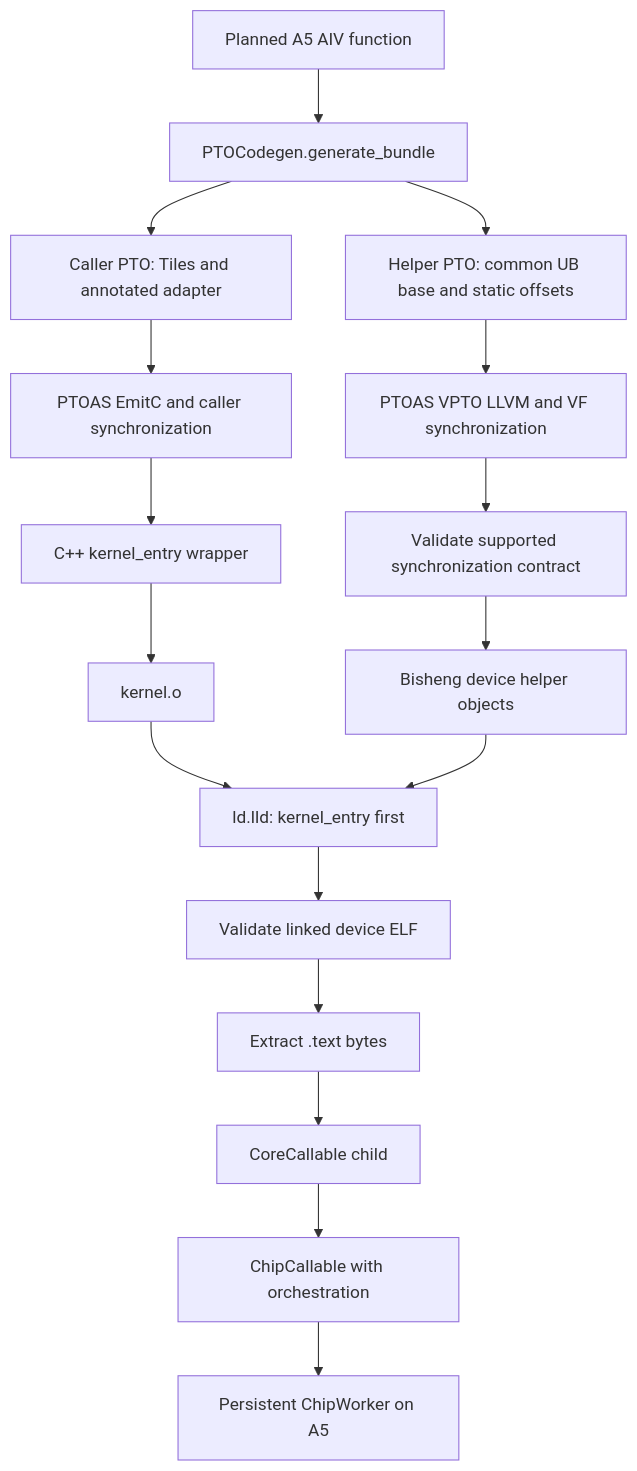
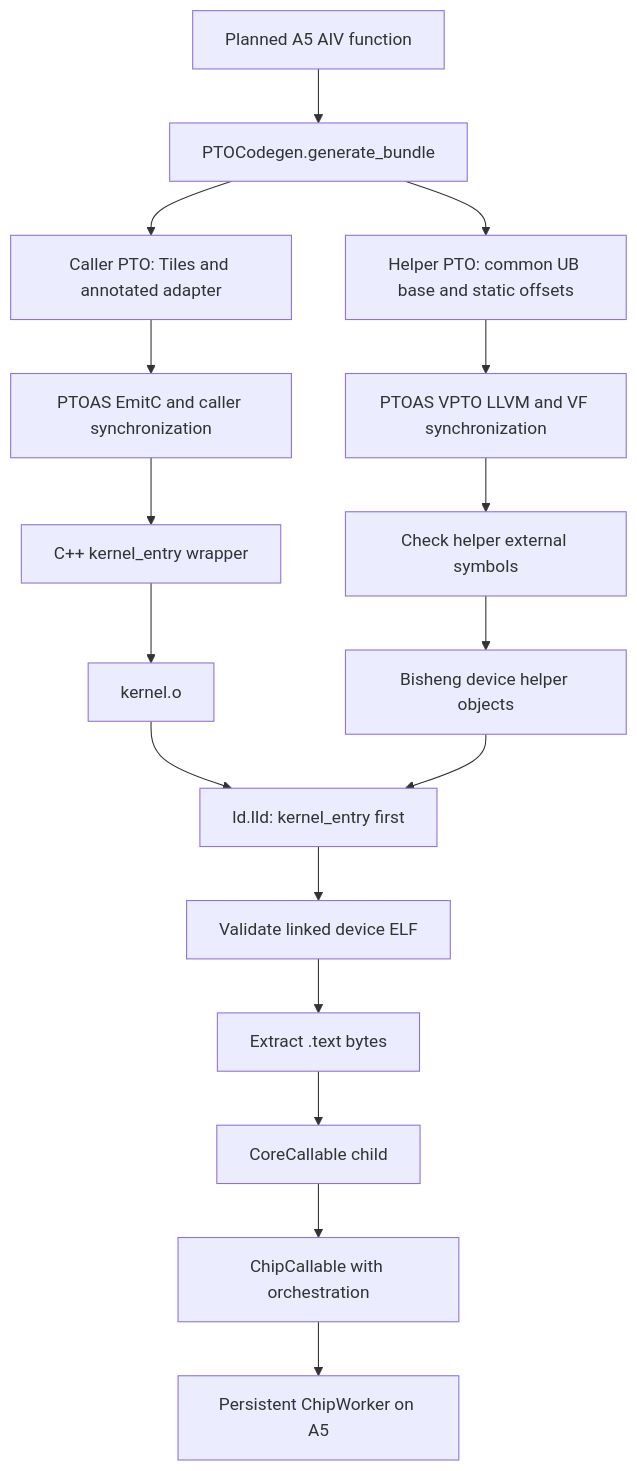
One commit to hw-native-sys/pypto changed the diagram in docs/en/dev/codegen/03-vpto-vf-integration.md. Above: the diagram before and after it, drawn with Mermaid. The commit also changed other lines of this file and 37 other files, not shown here.

````diff
--- a/docs/en/dev/codegen/03-vpto-vf-integration.md
+++ b/docs/en/dev/codegen/03-vpto-vf-integration.md
@@ -10,19 +10,19 @@
 ```mermaid
 flowchart TD
   IR[Planned A5 AIV function] --> Bundle[PTOCodegen.generate_bundle]
   Bundle --> Caller[Caller PTO: Tiles and annotated adapter]
   Bundle --> Helper[Helper PTO: common UB base and static offsets]
   Caller --> EmitC[PTOAS EmitC and caller synchronization]
   EmitC --> Wrapper[C++ kernel_entry wrapper]
   Wrapper --> CallerObj[kernel.o]
   Helper --> LLVM[PTOAS VPTO LLVM and VF synchronization]
-  LLVM --> Admission[Validate supported synchronization contract]
-  Admission --> HelperObj[Bisheng device helper objects]
+  LLVM --> Symbols[Check helper external symbols]
+  Symbols --> HelperObj[Bisheng device helper objects]
   CallerObj --> Link[ld.lld: kernel_entry first]
   HelperObj --> Link
   Link --> ELF[Validate linked device ELF]
   ELF --> Text[Extract .text bytes]
   Text --> Core[CoreCallable child]
   Core --> Chip[ChipCallable with orchestration]
   Chip --> Worker[Persistent ChipWorker on A5]
 ```
````
